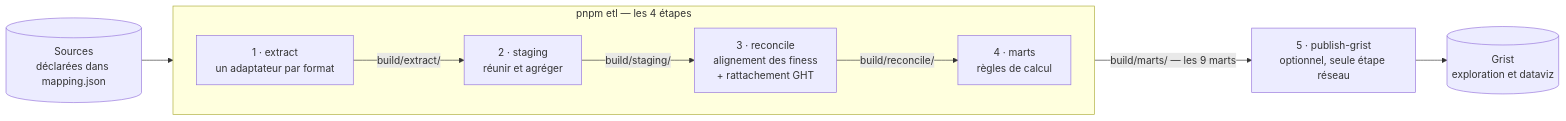
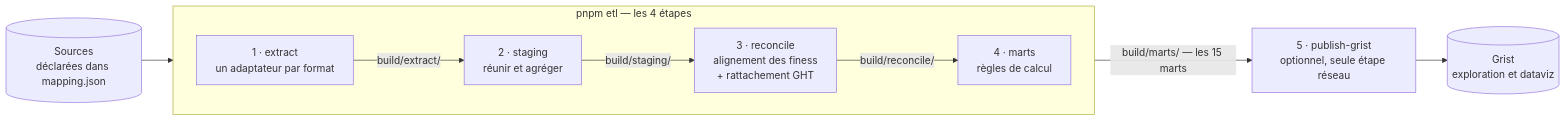
Before and after one commit to betagouv/transport-sanitaire: the diagram in apps/data-analyzer/README.md, drawn with Mermaid. The commit also changed other lines of this file and 6 other files, not shown here.

````diff
--- a/apps/data-analyzer/README.md
+++ b/apps/data-analyzer/README.md
@@ -19,19 +19,19 @@
 ```mermaid
 flowchart LR
     SRC[("Sources<br/>déclarées dans mapping.json")]
 
     subgraph ETL["pnpm etl — les 4 étapes"]
         direction LR
         E["1 · extract<br/>un adaptateur par format"]
         S["2 · staging<br/>réunir et agréger"]
         R["3 · reconcile<br/>alignement des finess<br/>+ rattachement GHT"]
         M["4 · marts<br/>règles de calcul"]
         E -->|"build/extract/"| S -->|"build/staging/"| R -->|"build/reconcile/"| M
     end
 
     P["5 · publish-grist<br/>optionnel, seule étape réseau"]
     G[("Grist<br/>exploration et dataviz")]
 
     SRC --> E
-    M -->|"build/marts/ — les 9 marts"| P --> G
+    M -->|"build/marts/ — les 15 marts"| P --> G
 ```
````
